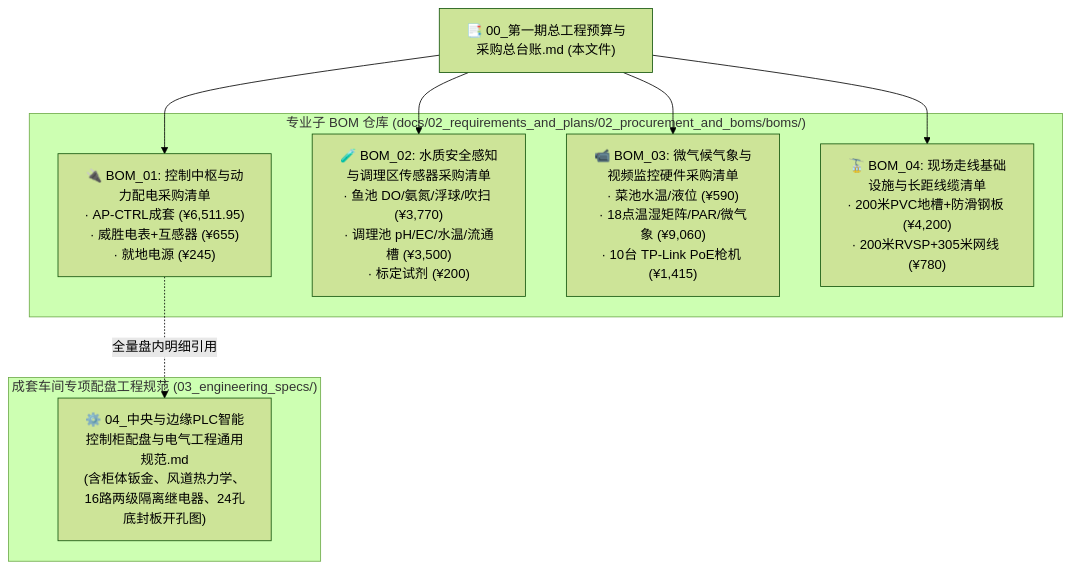
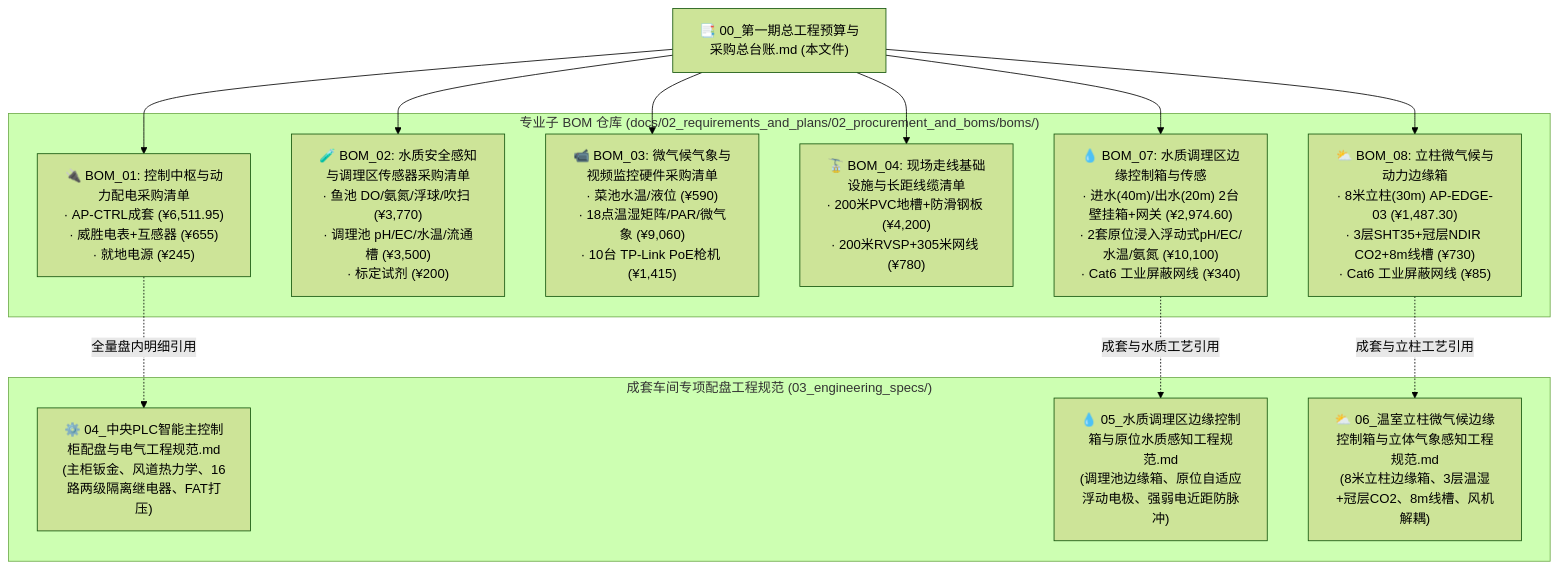
Before and after one commit to digitalboy/aquaponics: the diagram in docs/02_requirements_and_plans/02_procurement_and_boms/00_第一期总工程预算与采购总台账.md, drawn with Mermaid (forest theme). The commit also changed other lines of this file and 18 other files, not shown here.

````diff
--- a/docs/02_requirements_and_plans/02_procurement_and_boms/00_第一期总工程预算与采购总台账.md
+++ b/docs/02_requirements_and_plans/02_procurement_and_boms/00_第一期总工程预算与采购总台账.md
@@ -49,21 +49,29 @@
 ```mermaid
 graph TD
     Master["📑 00_第一期总工程预算与采购总台账.md (本文件)"]
     
     subgraph SubBOMs ["专业子 BOM 仓库 (docs/02_requirements_and_plans/02_procurement_and_boms/boms/)"]
         BOM1["🔌 BOM_01: 控制中枢与动力配电采购清单<br>· AP-CTRL成套 (¥6,511.95)<br>· 威胜电表+互感器 (¥655)<br>· 就地电源 (¥245)"]
         BOM2["🧪 BOM_02: 水质安全感知与调理区传感器采购清单<br>· 鱼池 DO/氨氮/浮球/吹扫 (¥3,770)<br>· 调理池 pH/EC/水温/流通槽 (¥3,500)<br>· 标定试剂 (¥200)"]
         BOM3["📹 BOM_03: 微气候气象与视频监控硬件采购清单<br>· 菜池水温/液位 (¥590)<br>· 18点温湿矩阵/PAR/微气象 (¥9,060)<br>· 10台 TP-Link PoE枪机 (¥1,415)"]
         BOM4["🚡 BOM_04: 现场走线基础设施与长距线缆清单<br>· 200米PVC地槽+防滑钢板 (¥4,200)<br>· 200米RVSP+305米网线 (¥780)"]
+        BOM7["💧 BOM_07: 水质调理区边缘控制箱与传感<br>· 进水(40m)/出水(20m) 2台壁挂箱+网关 (¥2,974.60)<br>· 2套原位浸入浮动式pH/EC/水温/氨氮 (¥10,100)<br>· Cat6 工业屏蔽网线 (¥340)"]
+        BOM8["⛅ BOM_08: 立柱微气候与动力边缘箱<br>· 8米立柱(30m) AP-EDGE-03 (¥1,487.30)<br>· 3层SHT35+冠层NDIR CO2+8m线槽 (¥730)<br>· Cat6 工业屏蔽网线 (¥85)"]
     end
     
     subgraph CabinetSpec ["成套车间专项配盘工程规范 (03_engineering_specs/)"]
-        Doc04["⚙️ 04_中央与边缘PLC智能控制柜配盘与电气工程通用规范.md<br>(含柜体钣金、风道热力学、16路两级隔离继电器、24孔底封板开孔图)"]
+        Doc04["⚙️ 04_中央PLC智能主控制柜配盘与电气工程规范.md<br>(主柜钣金、风道热力学、16路两级隔离继电器、FAT打压)"]
+        Doc05["💧 05_水质调理区边缘控制箱与原位水质感知工程规范.md<br>(调理池边缘箱、原位自适应浮动电极、强弱电近距防脉冲)"]
+        Doc06["⛅ 06_温室立柱微气候边缘控制箱与立体气象感知工程规范.md<br>(8米立柱边缘箱、3层温湿+冠层CO2、8m线槽、风机解耦)"]
     end
     
     Master --> BOM1
     Master --> BOM2
     Master --> BOM3
     Master --> BOM4
+    Master --> BOM7
+    Master --> BOM8
     BOM1 -.->|全量盘内明细引用| Doc04
+    BOM7 -.->|成套与水质工艺引用| Doc05
+    BOM8 -.->|成套与立柱工艺引用| Doc06
 ```
````
